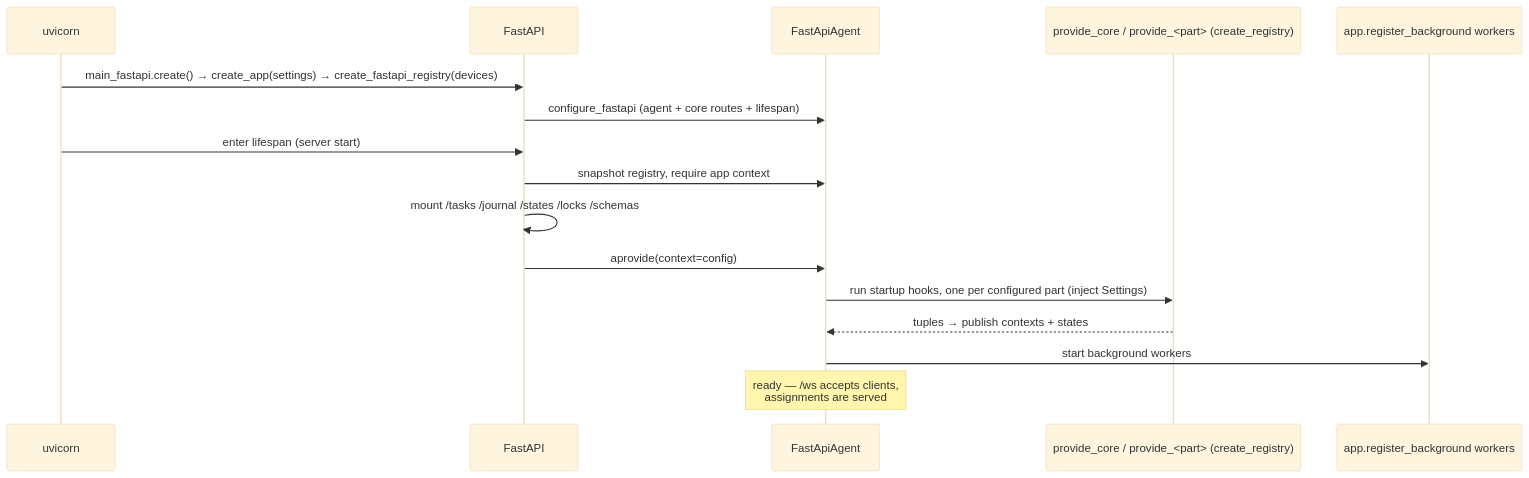
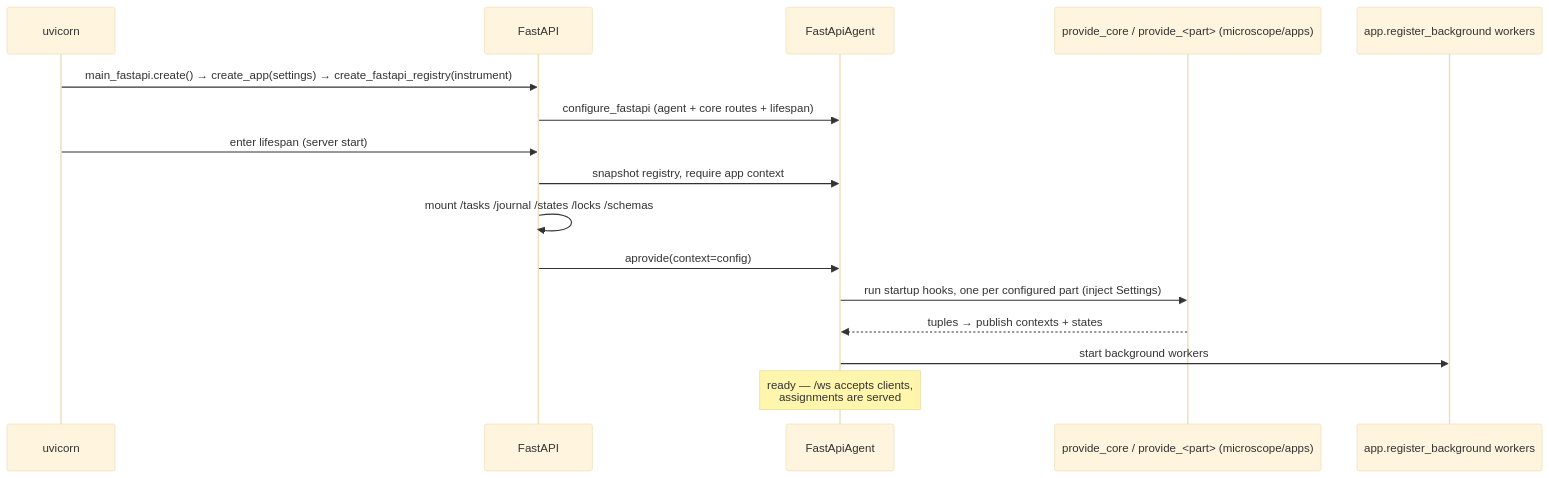
One commit to openUC2/newswitch changed the second of 2 diagrams in docs/ARCHITECTURE.md. Above: the diagram before and after it, drawn with Mermaid (base theme). The commit also changed other lines of this file and 138 other files, not shown here.

````diff
--- a/docs/ARCHITECTURE.md
+++ b/docs/ARCHITECTURE.md
@@ -392,18 +393,18 @@
 ```mermaid
 sequenceDiagram
     participant U as uvicorn
     participant F as FastAPI
     participant A as FastApiAgent
-    participant S as provide_core / provide_<part> (create_registry)
+    participant S as provide_core / provide_<part> (microscope/apps)
     participant B as app.register_background workers
-    U->>F: main_fastapi.create() → create_app(settings) → create_fastapi_registry(devices)
+    U->>F: main_fastapi.create() → create_app(settings) → create_fastapi_registry(instrument)
     F->>A: configure_fastapi (agent + core routes + lifespan)
     U->>F: enter lifespan (server start)
     F->>A: snapshot registry, require app context
     F->>F: mount /tasks /journal /states /locks /schemas
     F->>A: aprovide(context=config)
     A->>S: run startup hooks, one per configured part (inject Settings)
     S-->>A: tuples → publish contexts + states
     A->>B: start background workers
     Note over A: ready — /ws accepts clients,<br/>assignments are served
 ```
````
